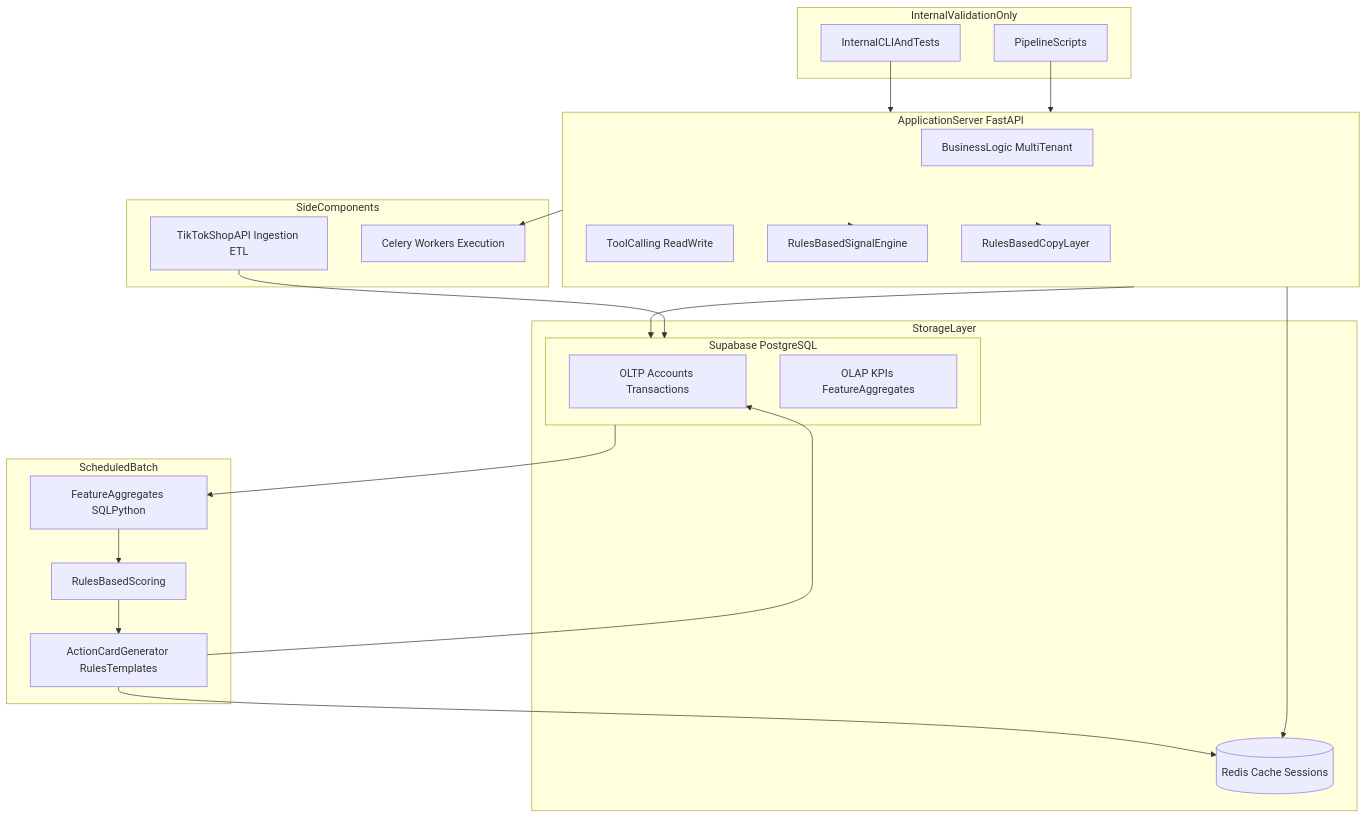
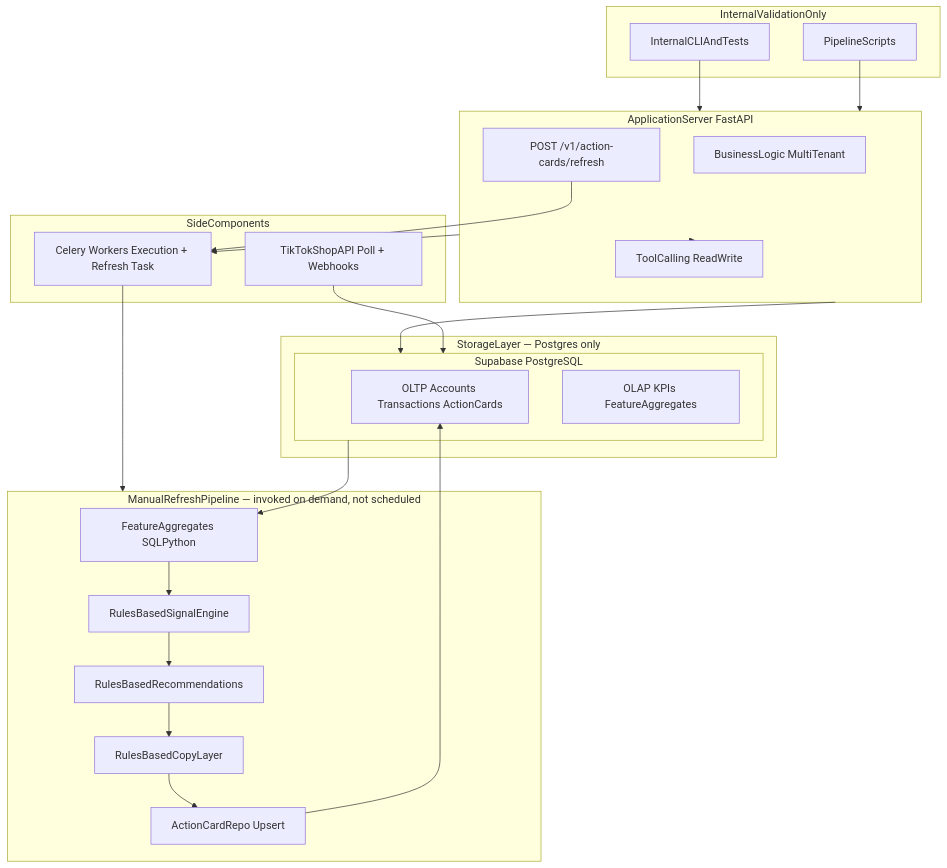
The diagram in docs/product/phases/phase-2-mvp.md (thienphung00/Juli-AI), drawn with Mermaid before and after one commit. The commit also changed other lines of this file and 7 other files, not shown here.

````diff
--- a/docs/product/phases/phase-2-mvp.md
+++ b/docs/product/phases/phase-2-mvp.md
@@ -17,47 +25,48 @@
 ```mermaid
 flowchart TB
     subgraph internal [InternalValidationOnly]
         CLI[InternalCLIAndTests]
         Scripts[PipelineScripts]
     end
 
     subgraph app [ApplicationServer FastAPI]
         BizLogic[BusinessLogic MultiTenant]
         ToolCall[ToolCalling ReadWrite]
-        RulesEngine[RulesBasedSignalEngine]
-        RulesCopy[RulesBasedCopyLayer]
+        RefreshAPI["POST /v1/action-cards/refresh"]
     end
 
-    subgraph storage [StorageLayer]
-        Redis[(Redis Cache Sessions)]
+    subgraph storage [StorageLayer — Postgres only]
         subgraph pg [Supabase PostgreSQL]
-            OLTP[OLTP Accounts Transactions]
+            OLTP[OLTP Accounts Transactions ActionCards]
             OLAP[OLAP KPIs FeatureAggregates]
         end
     end
 
-    subgraph batch [ScheduledBatch]
+    subgraph pipeline [ManualRefreshPipeline — invoked on demand, not scheduled]
         FeatAgg[FeatureAggregates SQLPython]
-        RulesBatch[RulesBasedScoring]
-        ActionGen[ActionCardGenerator RulesTemplates]
+        RulesEngine[RulesBasedSignalEngine]
+        RulesBatch[RulesBasedRecommendations]
+        RulesCopy[RulesBasedCopyLayer]
+        ActionGen[ActionCardRepo Upsert]
     end
 
     subgraph side [SideComponents]
-        TikTok[TikTokShopAPI Ingestion ETL]
-        Celery[Celery Workers Execution]
+        TikTok[TikTokShopAPI Poll + Webhooks]
+        Celery[Celery Workers Execution + Refresh Task]
     end
 
     CLI --> app
     Scripts --> app
-    app --> Redis
     app --> pg
     TikTok --> pg
+    RefreshAPI --> Celery
+    Celery --> pipeline
     pg --> FeatAgg
-    FeatAgg --> RulesBatch
-    RulesBatch --> ActionGen
-    ActionGen --> Redis
+    FeatAgg --> RulesEngine
+    RulesEngine --> RulesBatch
+    RulesBatch --> RulesCopy
+    RulesCopy --> ActionGen
     ActionGen --> OLTP
-    app --> RulesEngine
-    app --> RulesCopy
+    app --> ToolCall
     app --> Celery
 ```
````
